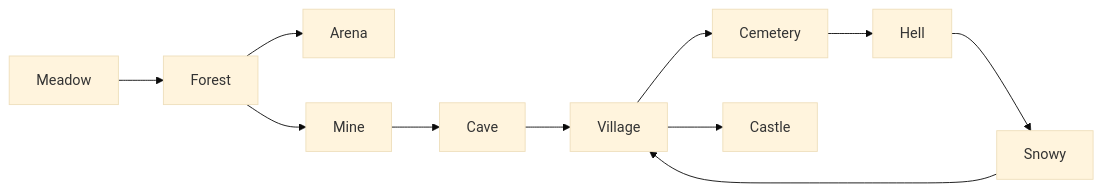
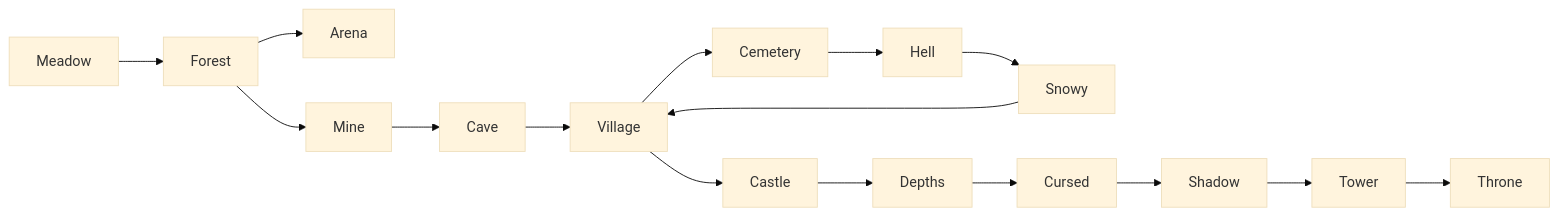
The diagram in инструкция/02-zones/_zones_index.md (HHrddtu/loot-realms), drawn with Mermaid (base theme) before and after one commit. The commit also changed other lines of this file and 8 other files, not shown here.

Commit message:
docs: add Depths, Cursed, Shadow, Tower, Throne zones; add IntroScene, MapScene docs

````diff
--- a/инструкция/02-zones/_zones_index.md
+++ b/инструкция/02-zones/_zones_index.md
@@ -22,13 +27,18 @@
 ```mermaid
 graph LR
     Meadow --> Forest
     Forest --> Arena
     Forest --> Mine
     Mine --> Cave
     Cave --> Village
     Village --> Cemetery
     Cemetery --> Hell
     Hell --> Snowy
     Snowy --> Village
     Village --> Castle
+    Castle --> Depths
+    Depths --> Cursed
+    Cursed --> Shadow
+    Shadow --> Tower
+    Tower --> Throne
 ```
````
